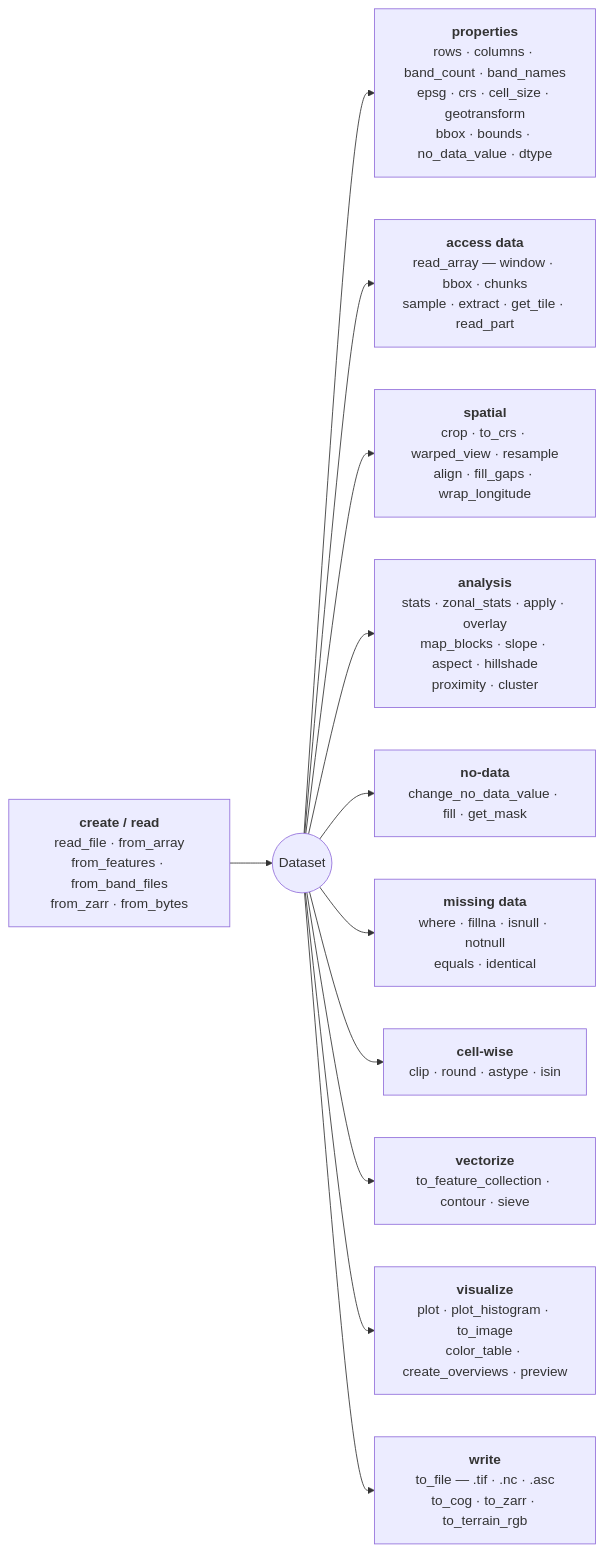
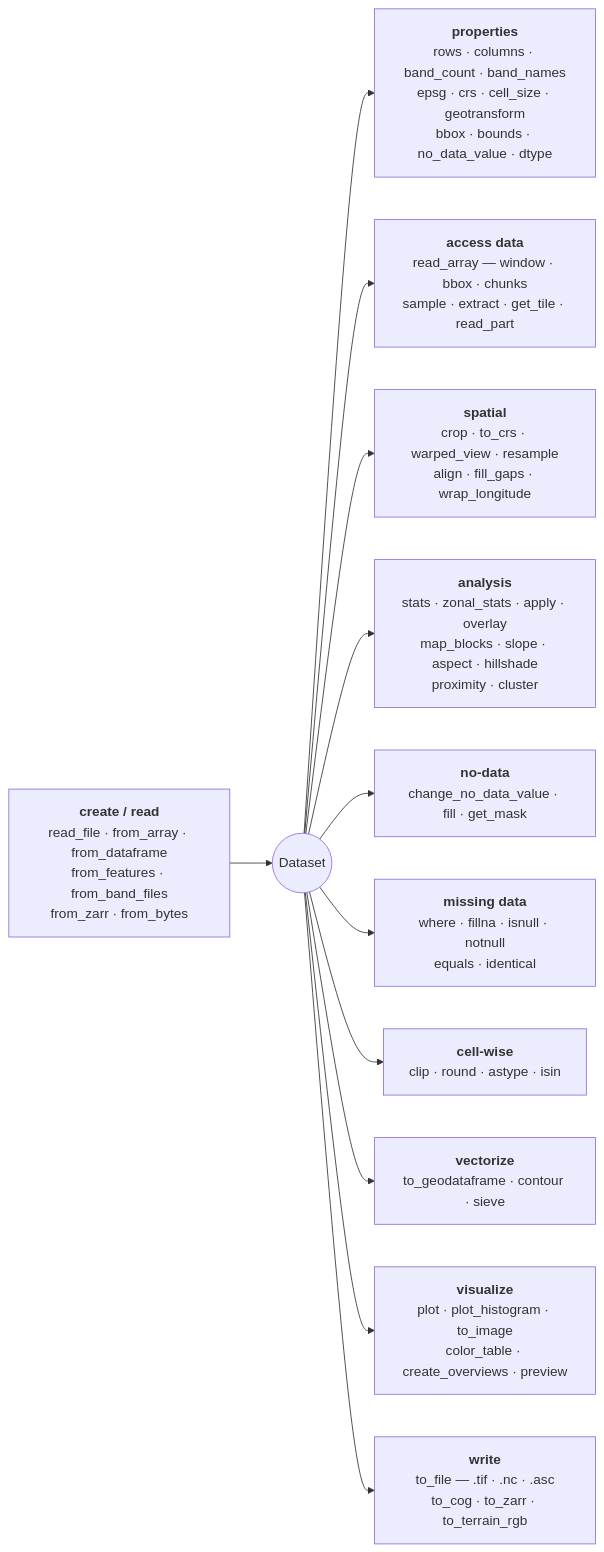
Before and after one commit to serapeum-org/pyramids: the first of 4 diagrams in docs/reference/dataset/index.md, drawn with Mermaid. The commit also changed other lines of this file and 33 other files, not shown here.

First line of the commit message:
feat(dataset)!: add to_dataframe/to_geodataframe, consolidate cell exports (#1213)

````diff
--- a/docs/reference/dataset/index.md
+++ b/docs/reference/dataset/index.md
@@ -5,15 +5,15 @@
 ```mermaid
 flowchart LR
-    CR["<b>create / read</b><br/>read_file · from_array<br/>from_features · from_band_files<br/>from_zarr · from_bytes"] --> DS(("Dataset"))
+    CR["<b>create / read</b><br/>read_file · from_array · from_dataframe<br/>from_features · from_band_files<br/>from_zarr · from_bytes"] --> DS(("Dataset"))
 
     DS --> PR["<b>properties</b><br/>rows · columns · band_count · band_names<br/>epsg · crs · cell_size · geotransform<br/>bbox · bounds · no_data_value · dtype"]
     DS --> AC["<b>access data</b><br/>read_array — window · bbox · chunks<br/>sample · extract · get_tile · read_part"]
     DS --> SP["<b>spatial</b><br/>crop · to_crs · warped_view · resample<br/>align · fill_gaps · wrap_longitude"]
     DS --> AN["<b>analysis</b><br/>stats · zonal_stats · apply · overlay<br/>map_blocks · slope · aspect · hillshade<br/>proximity · cluster"]
     DS --> ND["<b>no-data</b><br/>change_no_data_value · fill · get_mask"]
     DS --> MD["<b>missing data</b><br/>where · fillna · isnull · notnull<br/>equals · identical"]
     DS --> CW["<b>cell-wise</b><br/>clip · round · astype · isin"]
-    DS --> VE["<b>vectorize</b><br/>to_feature_collection · contour · sieve"]
+    DS --> VE["<b>vectorize</b><br/>to_geodataframe · contour · sieve"]
     DS --> VI["<b>visualize</b><br/>plot · plot_histogram · to_image<br/>color_table · create_overviews · preview"]
     DS --> WR["<b>write</b><br/>to_file — .tif · .nc · .asc<br/>to_cog · to_zarr · to_terrain_rgb"]
 ```
````
